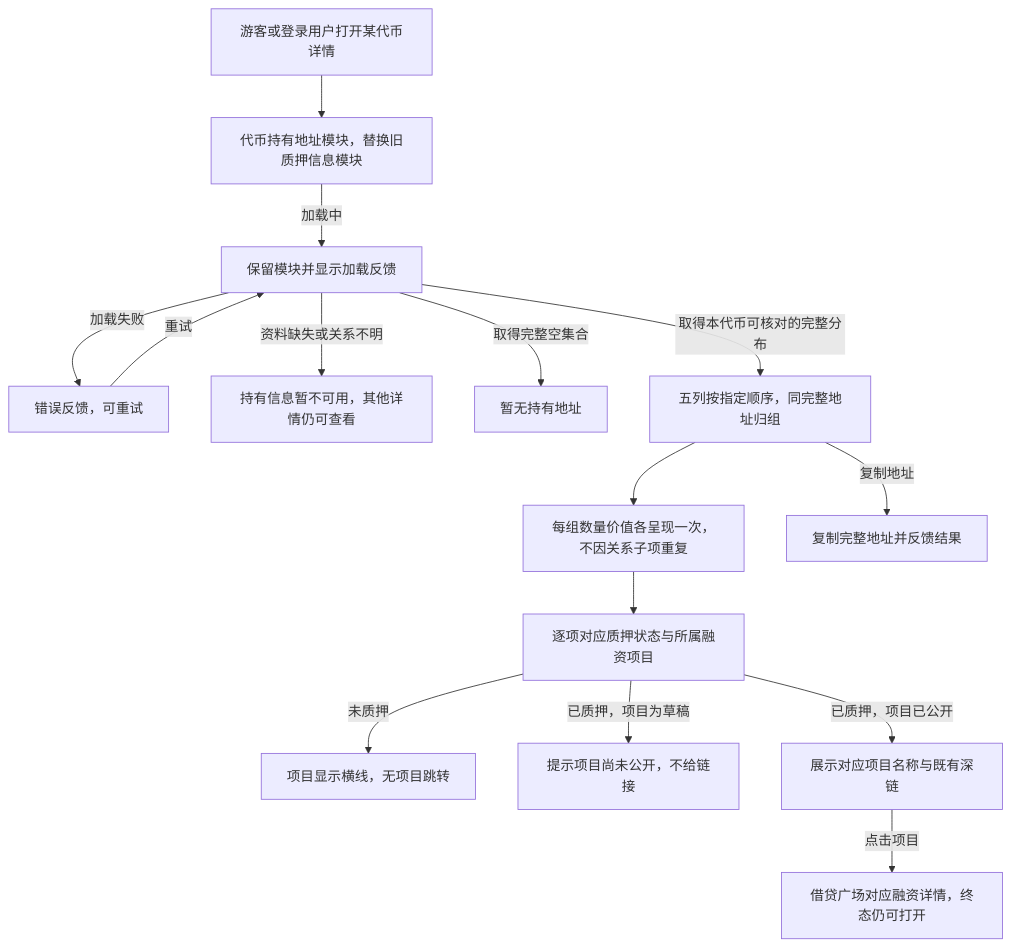
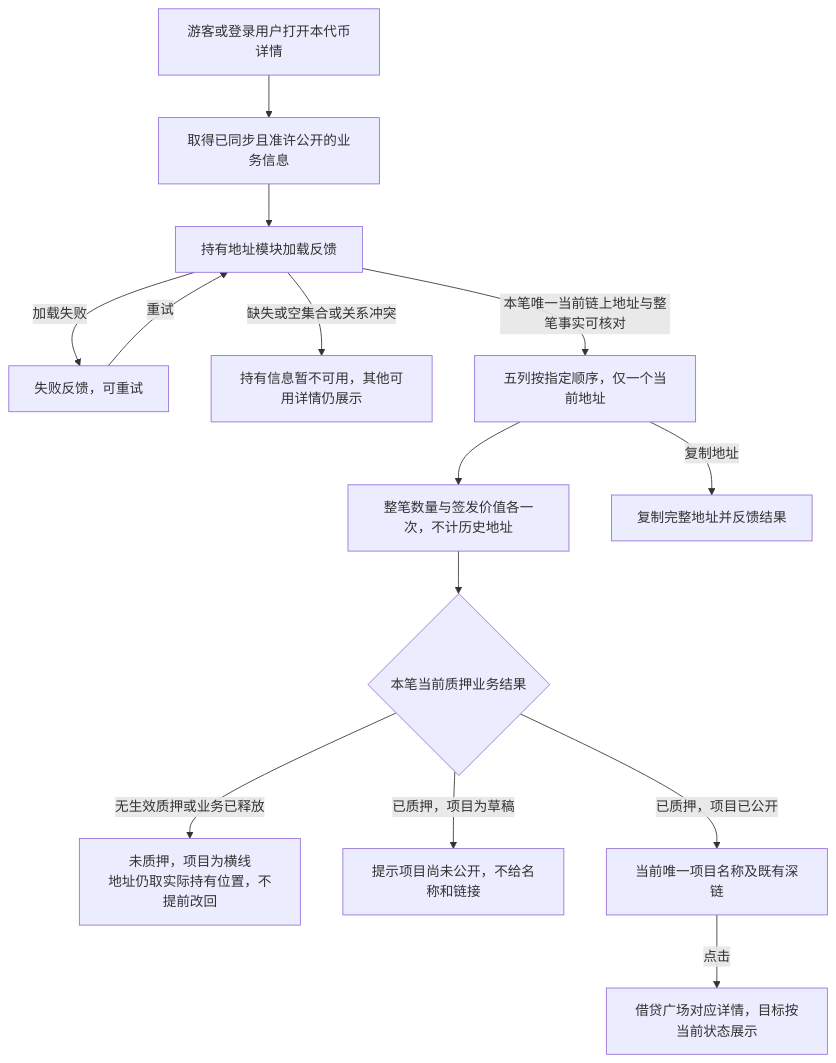
The sixth of 6 diagrams in lending-platform/PRD/v1.0-资产广场-已上架代币只读域/v1.0-资产广场-流程图与状态机.md (wxblockchain/Chain-Financing), drawn with Mermaid before and after one commit. The commit also changed other lines of this file and 4 other files, not shown here.

````diff
--- a/lending-platform/PRD/v1.0-资产广场-已上架代币只读域/v1.0-资产广场-流程图与状态机.md
+++ b/lending-platform/PRD/v1.0-资产广场-已上架代币只读域/v1.0-资产广场-流程图与状态机.md
@@ -173,17 +177,16 @@
 ```mermaid
 flowchart TD
-  A[游客或登录用户打开某代币详情] --> B[代币持有地址模块，替换旧质押信息模块]
-  B -->|加载中| L[保留模块并显示加载反馈]
-  L -->|加载失败| E[错误反馈，可重试]
+  A[游客或登录用户打开本代币详情] --> B[取得已同步且准许公开的业务信息]
+  B --> L[持有地址模块加载反馈]
+  L -->|加载失败| E[失败反馈，可重试]
   E -->|重试| L
-  L -->|资料缺失或关系不明| U[持有信息暂不可用，其他详情仍可查看]
-  L -->|取得完整空集合| N[暂无持有地址]
-  L -->|取得本代币可核对的完整分布| C[五列按指定顺序，同完整地址归组]
-  C --> D[每组数量价值各呈现一次，不因关系子项重复]
-  D --> R[逐项对应质押状态与所属融资项目]
-  R -->|未质押| NP[项目显示横线，无项目跳转]
-  R -->|已质押，项目为草稿| DR[提示项目尚未公开，不给链接]
-  R -->|已质押，项目已公开| P[展示对应项目名称与既有深链]
-  P -->|点击项目| LS[借贷广场对应融资详情，终态仍可打开]
+  L -->|缺失或空集合或关系冲突| U[持有信息暂不可用，其他可用详情仍展示]
+  L -->|本笔唯一当前链上地址与整笔事实可核对| C[五列按指定顺序，仅一个当前地址]
+  C --> D[整笔数量与签发价值各一次，不计历史地址]
+  D --> R{本笔当前质押业务结果}
+  R -->|无生效质押或业务已释放| NP[未质押，项目为横线<br/>地址仍取实际持有位置，不提前改回]
+  R -->|已质押，项目为草稿| DR[提示项目尚未公开，不给名称和链接]
+  R -->|已质押，项目已公开| P[当前唯一项目名称及既有深链]
+  P -->|点击| LS[借贷广场对应详情，目标按当前状态展示]
   C -->|复制地址| CP[复制完整地址并反馈结果]
 ```
````
